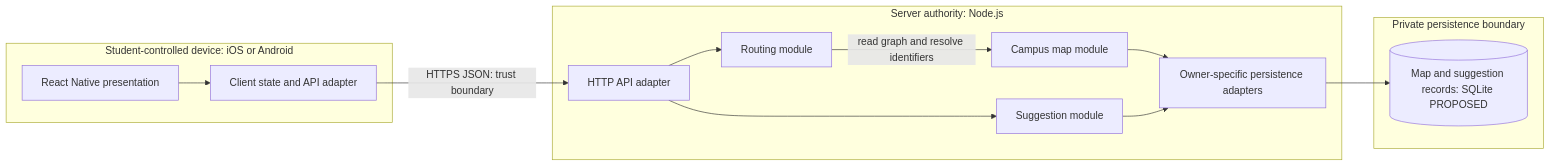
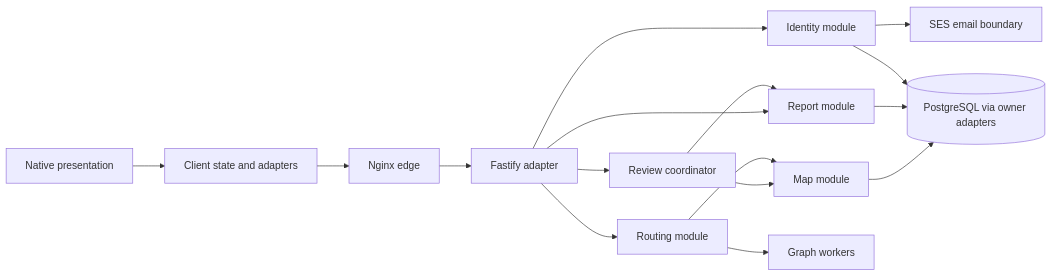
One commit to jmanico/rub-around changed the diagram in ARCHITECTURE.md. Above: the diagram before and after it, drawn with Mermaid. The commit also changed other lines of this file and 8 other files, not shown here.

First line of the commit message:
Resolve decisions and establish single-owner specifications (#6)

````diff
--- a/ARCHITECTURE.md
+++ b/ARCHITECTURE.md
@@ -99,25 +129,18 @@
 ```mermaid
 flowchart LR
-    subgraph device["Student-controlled device: iOS or Android"]
-        UI["React Native presentation"]
-        State["Client state and API adapter"]
-        UI --> State
-    end
-    subgraph server["Server authority: Node.js"]
-        API["HTTP API adapter"]
-        Routing["Routing module"]
-        Map["Campus map module"]
-        Suggestions["Suggestion module"]
-        Persistence["Owner-specific persistence adapters"]
-        API --> Routing
-        API --> Suggestions
-        Routing -->|read graph and resolve identifiers| Map
-        Map --> Persistence
-        Suggestions --> Persistence
-    end
-    subgraph data["Private persistence boundary"]
-        Store[("Map and suggestion records: SQLite PROPOSED")]
-    end
-    State -->|HTTPS JSON: trust boundary| API
-    Persistence --> Store
+    UI[Native presentation] --> State[Client state and adapters]
+    State --> Edge[Nginx edge]
+    Edge --> API[Fastify adapter]
+    API --> Identity[Identity module]
+    API --> Routing[Routing module]
+    API --> Reports[Report module]
+    API --> Review[Review coordinator]
+    Review --> Reports
+    Review --> Map[Map module]
+    Routing --> Map
+    Routing --> Workers[Graph workers]
+    Map --> DB[(PostgreSQL via owner adapters)]
+    Reports --> DB
+    Identity --> DB
+    Identity --> SES[SES email boundary]
 ```
````
